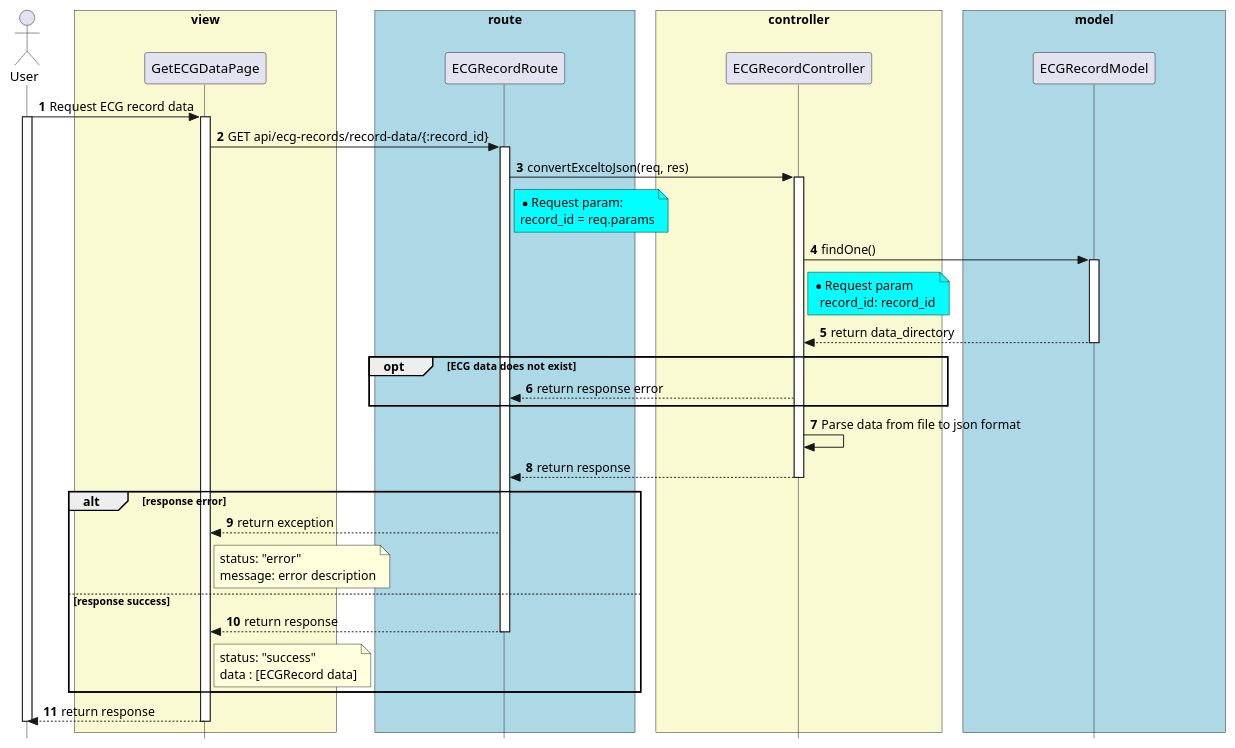
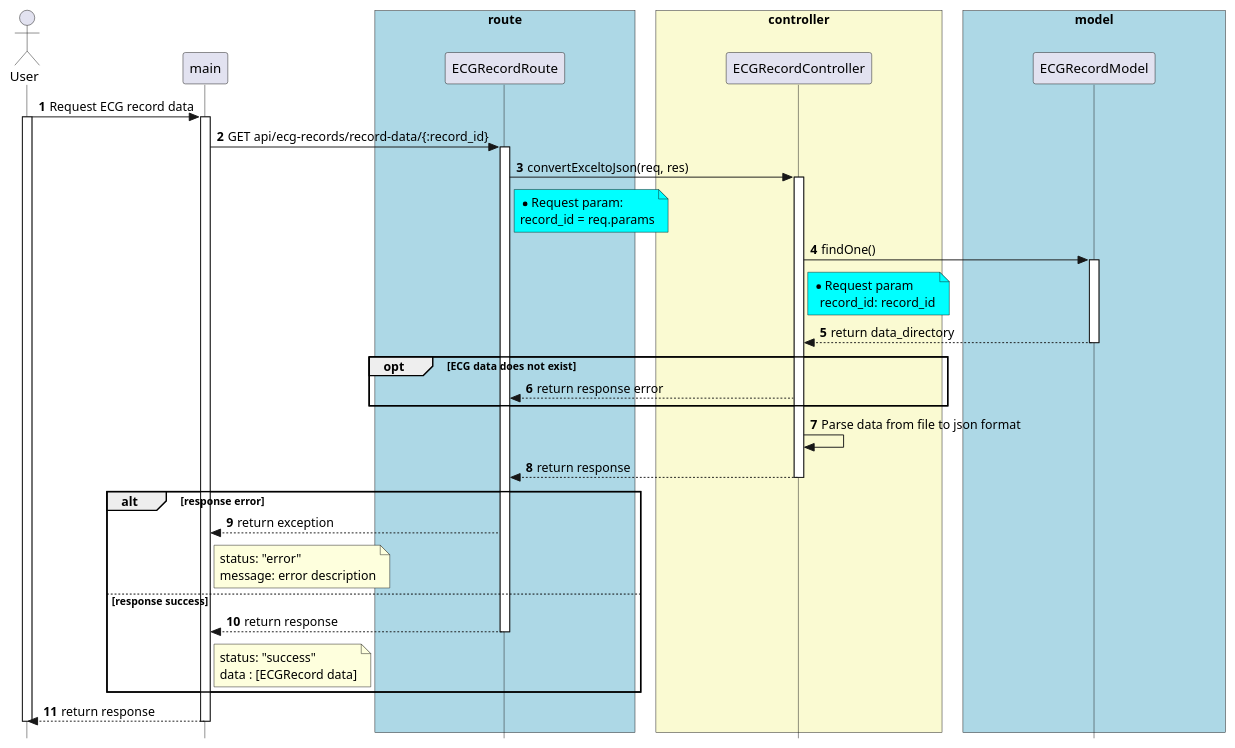
Before and after one commit to techcomrade/fmECG: the diagram in diagram/sequence/API/ecgRecords/convertExceltoJson.pu, drawn with PlantUML. The commit also changed 75 other files, not shown here.

```diff
--- a/diagram/sequence/API/ecgRecords/convertExceltoJson.pu
+++ b/diagram/sequence/API/ecgRecords/convertExceltoJson.pu
@@ -3,102 +3,100 @@
 @startuml
 
 
 skinparam style strictuml
 
 skinparam lifelineStrategy solid
 
 skinparam ParticipantPadding 70
 
 skinparam BoxPadding 10
 
 autonumber
 
 actor User as User
 
-box "view" #LightGoldenRodYellow
 
-participant GetECGDataPage as GetECGDataPage
+participant main as main
 
-end box
 
 box "route" #lightBlue
 
 participant ECGRecordRoute as ECGRecordRoute
 
 end box
 
 
 box "controller" #LightGoldenRodYellow
 participant ECGRecordController as ECGRecordController
 
 end box
 
 
 box "model" #lightBlue
 participant ECGRecordModel as ECGRecordModel
 
 end box
 
 
-User -> GetECGDataPage: Request ECG record data
+User -> main: Request ECG record data
 activate User
-activate GetECGDataPage
+activate main
 
-GetECGDataPage -> ECGRecordRoute: GET api/ecg-records/record-data/{:record_id}
+main -> ECGRecordRoute: GET api/ecg-records/record-data/{:record_id}
 activate ECGRecordRoute
 
 
 ECGRecordRoute -> ECGRecordController: convertExceltoJson(req, res)
 activate ECGRecordController
 
 note right of ECGRecordRoute #Aqua
   * Request param:
   record_id = req.params
 end note
 
 
 ECGRecordController -> ECGRecordModel: findOne()
 note right of ECGRecordController #Aqua
   * Request param
     record_id: record_id
 end note
 
 activate ECGRecordModel
 
 
 ECGRecordModel --> ECGRecordController: return data_directory
 
 
 deactivate ECGRecordModel
 
 
 
 opt ECG data does not exist
 ECGRecordController --> ECGRecordRoute: return response error
 end
 
 ECGRecordController -> ECGRecordController: Parse data from file to json format
 ECGRecordController --> ECGRecordRoute: return response
 
 deactivate ECGRecordController
 
 alt response error
-  ECGRecordRoute --> GetECGDataPage: return exception
-  note right of GetECGDataPage
+  ECGRecordRoute --> main: return exception
+  note right of main
     status: "error"
     message: error description
   end note
 else response success
-  ECGRecordRoute --> GetECGDataPage: return response
+  ECGRecordRoute --> main: return response
   deactivate ECGRecordRoute
 
-  note right of GetECGDataPage
+  note right of main
     status: "success"
     data : [ECGRecord data]
   end note
 end
-GetECGDataPage --> User: return response
-deactivate GetECGDataPage
+main --> User: return response
+deactivate main
 deactivate User
 
 @enduml
```
